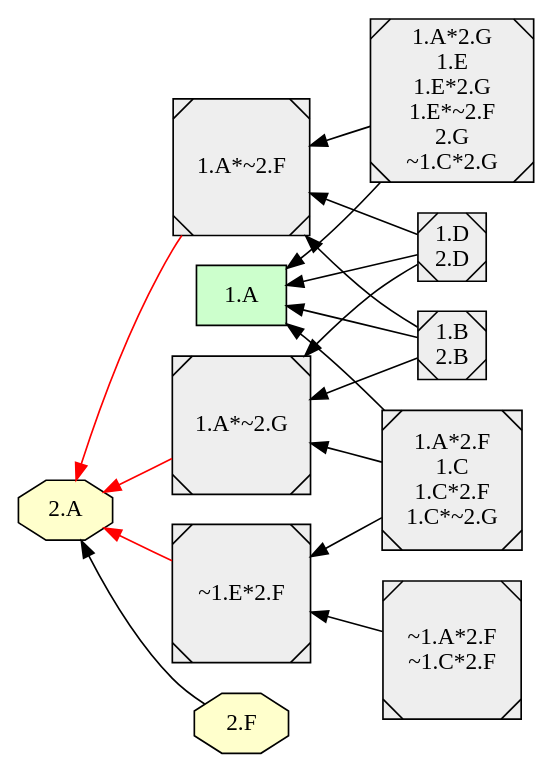
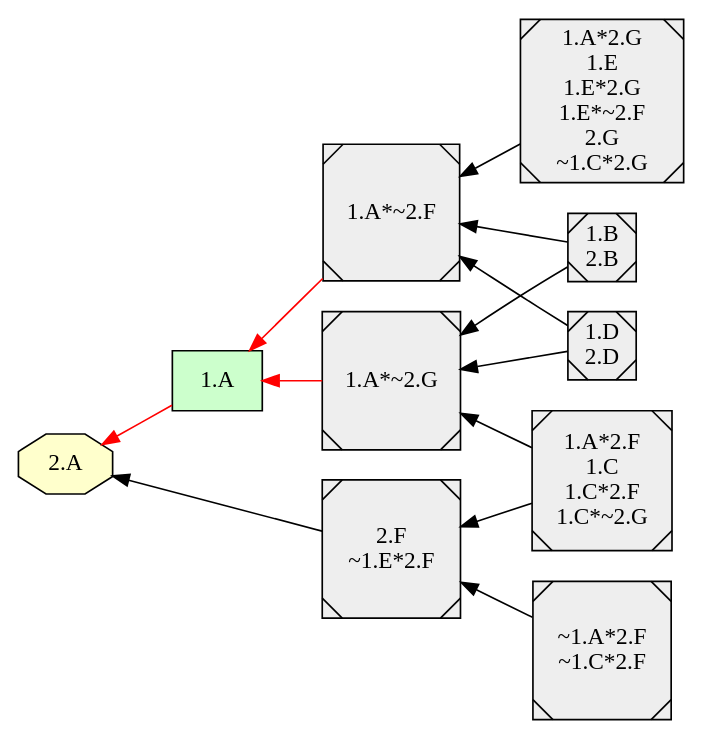
One commit to EulerProject/EulerX changed the diagram in example/abstract4/abstract4_3.dot. Above: the diagram before and after it, drawn with Graphviz. The commit also changed 18 other files, not shown here.

```diff
--- a/example/abstract4/abstract4_3.dot
+++ b/example/abstract4/abstract4_3.dot
@@ -1,76 +1,73 @@
 digraph {
 
 rankdir = RL
 
   node [shape=box style="filled" fillcolor="#CCFFCC"]
   "1.A"
   "1.A"
   "1.A"
   "1.A"
+  "1.A"
+  "1.A"
+  "1.A"
   node [shape=octagon style="filled" fillcolor="#FFFFCC"]
-  "2.F"
-  "2.A"
-  "2.A"
   "2.A"
   "2.A"
   "2.A"
   "2.A"
   "2.A"
   "2.A"
   "2.A"
   node [shape=Msquare style="filled" fillcolor="#EEEEEE"]
   "1.B\n2.B"
+  "2.F\n~1.E*2.F"
   "1.D\n2.D"
   "1.D\n2.D"
   "1.A*2.G\n1.E\n1.E*2.G\n1.E*~2.F\n2.G\n~1.C*2.G"
   "1.B\n2.B"
   "1.A*2.F\n1.C\n1.C*2.F\n1.C*~2.G"
   "~1.A*2.F\n~1.C*2.F"
+  "1.A*~2.G"
   "1.A*~2.F"
-  "1.A*~2.G"
-  "~1.E*2.F"
-  "1.A*2.G\n1.E\n1.E*2.G\n1.E*~2.F\n2.G\n~1.C*2.G"
   "1.A*2.G\n1.E\n1.E*2.G\n1.E*~2.F\n2.G\n~1.C*2.G"
   "1.A*~2.F"
+  "2.F\n~1.E*2.F"
   "~1.A*2.F\n~1.C*2.F"
-  "~1.E*2.F"
-  "1.B\n2.B"
-  "1.B\n2.B"
-  "1.A*~2.F"
+  "2.F\n~1.E*2.F"
   "1.B\n2.B"
   "1.A*~2.G"
-  "1.D\n2.D"
-  "1.D\n2.D"
+  "1.B\n2.B"
   "1.A*~2.F"
   "1.D\n2.D"
   "1.A*~2.G"
-  "1.A*2.F\n1.C\n1.C*2.F\n1.C*~2.G"
-  "1.A*2.F\n1.C\n1.C*2.F\n1.C*~2.G"
-  "~1.E*2.F"
+  "1.D\n2.D"
+  "1.A*~2.F"
   "1.A*2.F\n1.C\n1.C*2.F\n1.C*~2.G"
   "1.A*~2.G"
+  "1.A*2.F\n1.C\n1.C*2.F\n1.C*~2.G"
+  "2.F\n~1.E*2.F"
+  "1.A*2.G\n1.E\n1.E*2.G\n1.E*~2.F\n2.G\n~1.C*2.G"
   "1.A*2.G\n1.E\n1.E*2.G\n1.E*~2.F\n2.G\n~1.C*2.G"
   "~1.A*2.F\n~1.C*2.F"
   "1.B\n2.B"
+  "1.B\n2.B"
+  "1.D\n2.D"
   "1.D\n2.D"
   "1.A*2.F\n1.C\n1.C*2.F\n1.C*~2.G"
-  "2.F" -> "2.A" [style=filled, color=black];
-  "1.A*~2.F" -> "2.A" [style=filled, color=red];
-  "1.A*~2.G" -> "2.A" [style=filled, color=red];
-  "~1.E*2.F" -> "2.A" [style=filled, color=red];
-  "1.A*2.G\n1.E\n1.E*2.G\n1.E*~2.F\n2.G\n~1.C*2.G" -> "1.A" [style=filled, color=black];
+  "1.A*2.F\n1.C\n1.C*2.F\n1.C*~2.G"
+  "1.A" -> "2.A" [style=filled, color=red];
+  "1.A*~2.G" -> "1.A" [style=filled, color=red];
+  "1.A*~2.F" -> "1.A" [style=filled, color=red];
   "1.A*2.G\n1.E\n1.E*2.G\n1.E*~2.F\n2.G\n~1.C*2.G" -> "1.A*~2.F" [style=filled, color=black];
-  "~1.A*2.F\n~1.C*2.F" -> "~1.E*2.F" [style=filled, color=black];
-  "1.B\n2.B" -> "1.A" [style=filled, color=black];
+  "2.F\n~1.E*2.F" -> "2.A" [style=filled, color=black];
+  "~1.A*2.F\n~1.C*2.F" -> "2.F\n~1.E*2.F" [style=filled, color=black];
+  "1.B\n2.B" -> "1.A*~2.G" [style=filled, color=black];
   "1.B\n2.B" -> "1.A*~2.F" [style=filled, color=black];
-  "1.B\n2.B" -> "1.A*~2.G" [style=filled, color=black];
-  "1.D\n2.D" -> "1.A" [style=filled, color=black];
+  "1.D\n2.D" -> "1.A*~2.G" [style=filled, color=black];
   "1.D\n2.D" -> "1.A*~2.F" [style=filled, color=black];
-  "1.D\n2.D" -> "1.A*~2.G" [style=filled, color=black];
-  "1.A*2.F\n1.C\n1.C*2.F\n1.C*~2.G" -> "1.A" [style=filled, color=black];
-  "1.A*2.F\n1.C\n1.C*2.F\n1.C*~2.G" -> "~1.E*2.F" [style=filled, color=black];
   "1.A*2.F\n1.C\n1.C*2.F\n1.C*~2.G" -> "1.A*~2.G" [style=filled, color=black];
+  "1.A*2.F\n1.C\n1.C*2.F\n1.C*~2.G" -> "2.F\n~1.E*2.F" [style=filled, color=black];
   subgraph cluster_lg {
     rankdir = LR
   }
 }
```
